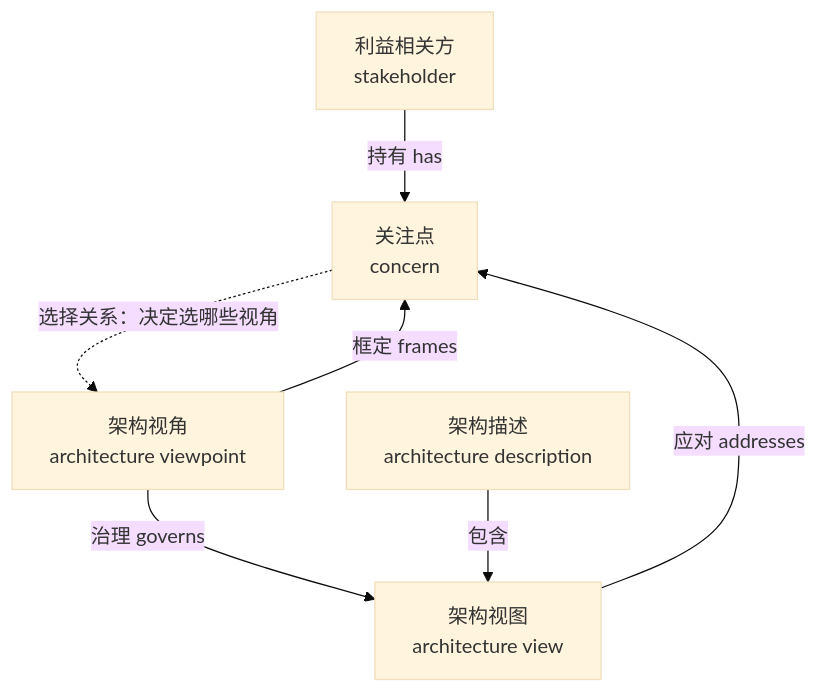
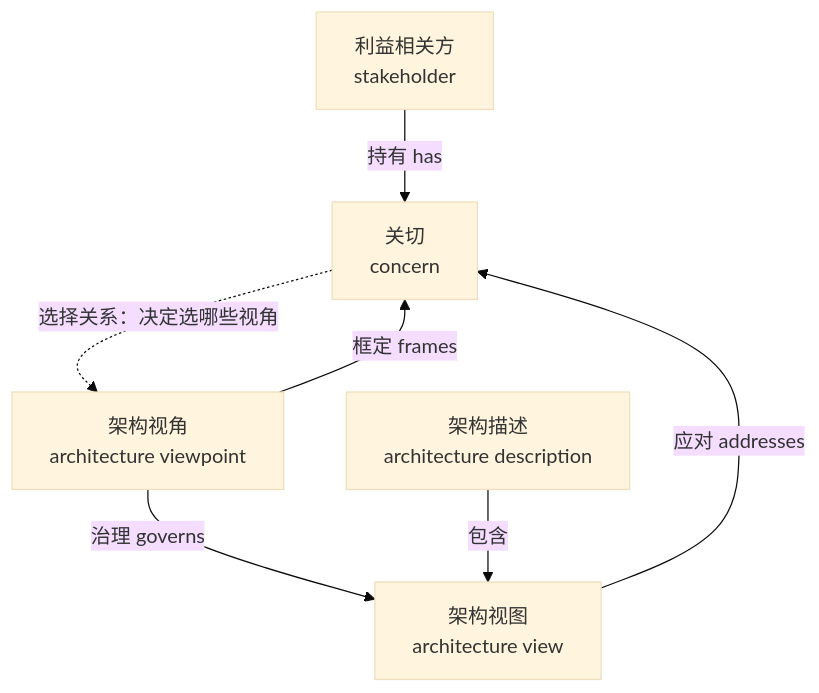
The fourth of 11 diagrams in 10-系统工程研究/00-系统工程相关研究报告/10-架构设计方法论全景研究报告.md (Yongjunzhou/business-Engineering), drawn with Mermaid (base theme) before and after one commit. The commit also changed other lines of this file and 33 other files, not shown here.

````diff
--- a/10-系统工程研究/00-系统工程相关研究报告/10-架构设计方法论全景研究报告.md
+++ b/10-系统工程研究/00-系统工程相关研究报告/10-架构设计方法论全景研究报告.md
@@ -451,9 +451,9 @@
 ```mermaid
 flowchart TB
-    S[利益相关方<br/>stakeholder] -- "持有 has" --> C[关注点<br/>concern]
+    S[利益相关方<br/>stakeholder] -- "持有 has" --> C[关切<br/>concern]
     VP[架构视角<br/>architecture viewpoint] -- "框定 frames" --> C
     C -.->|"选择关系：决定选哪些视角"| VP
     VP -- "治理 governs" --> W[架构视图<br/>architecture view]
     W -- "应对 addresses" --> C
     AD[架构描述<br/>architecture description] -- "包含" --> W
 ```
````
